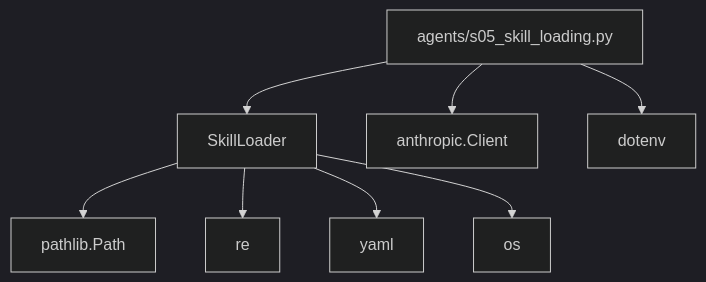
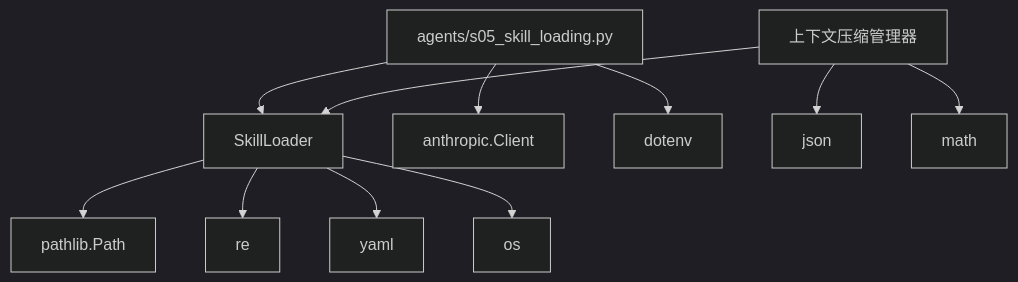
One commit to haolange/learn-claude-code changed the sixth of 6 diagrams in .qoder/repowiki/zh/content/规划与知识管理/技能按需加载系统.md. Above: the diagram before and after it, drawn with Mermaid (dark theme). The commit also changed other lines of this file and 6 other files, not shown here.

````diff
--- a/.qoder/repowiki/zh/content/规划与知识管理/技能按需加载系统.md
+++ b/.qoder/repowiki/zh/content/规划与知识管理/技能按需加载系统.md
@@ -246,10 +357,13 @@
 ```mermaid
 graph TB
 SL["SkillLoader"] --> P["pathlib.Path"]
 SL --> R["re"]
 SL --> Y["yaml"]
 SL --> O["os"]
 A["agents/s05_skill_loading.py"] --> C["anthropic.Client"]
 A --> D["dotenv"]
 A --> SL
+CC["上下文压缩管理器"] --> J["json"]
+CC --> M["math"]
+CC --> SL
 ```
````
